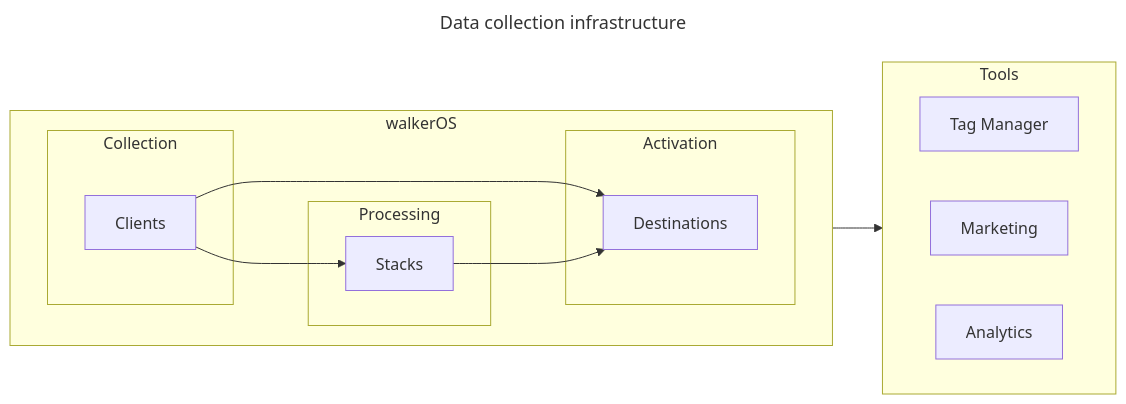
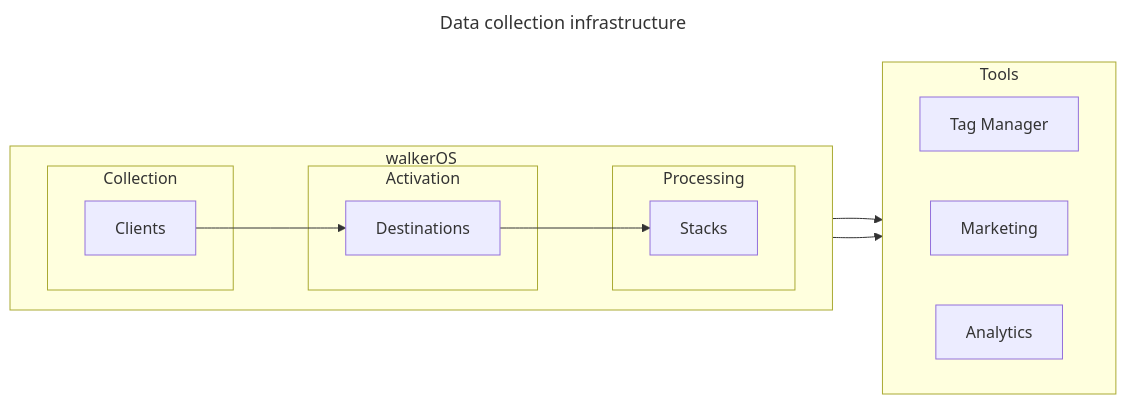
The first of 2 diagrams in website/docs/walkeros/index.mdx (elbwalker/walkerOS), drawn with Mermaid before and after one commit. The commit also changed 28 other files, not shown here.

````diff
--- a/website/docs/walkeros/index.mdx
+++ b/website/docs/walkeros/index.mdx
@@ -52,32 +52,32 @@
 ```mermaid
 ---
 title: Data collection infrastructure
 ---
 flowchart LR
   subgraph walkerOS
     direction LR
     subgraph Collection
         Clients
     end
     subgraph Processing
         Stacks
     end
     subgraph Activation
         Destinations
     end
     %%Utils
   end
   subgraph Tools
     direction LR
     tag["Tag Manager"]
     marketing["Marketing"]
     analytics["Analytics"]
   end
   Clients --> Destinations
-  Clients --> Stacks
-  Stacks --> Destinations
+  Destinations --> Stacks
+  Stacks --> Tools
   Destinations --> Tools
   click Clients "/docs/clients/"
   click Stacks "/docs/stacks/"
   click Destinations "/docs/destinations/"
 ```
````
